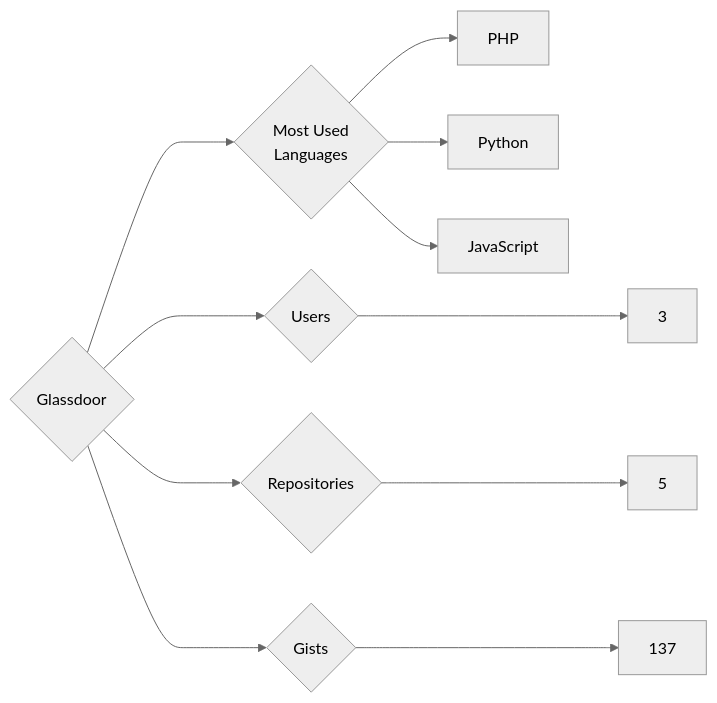
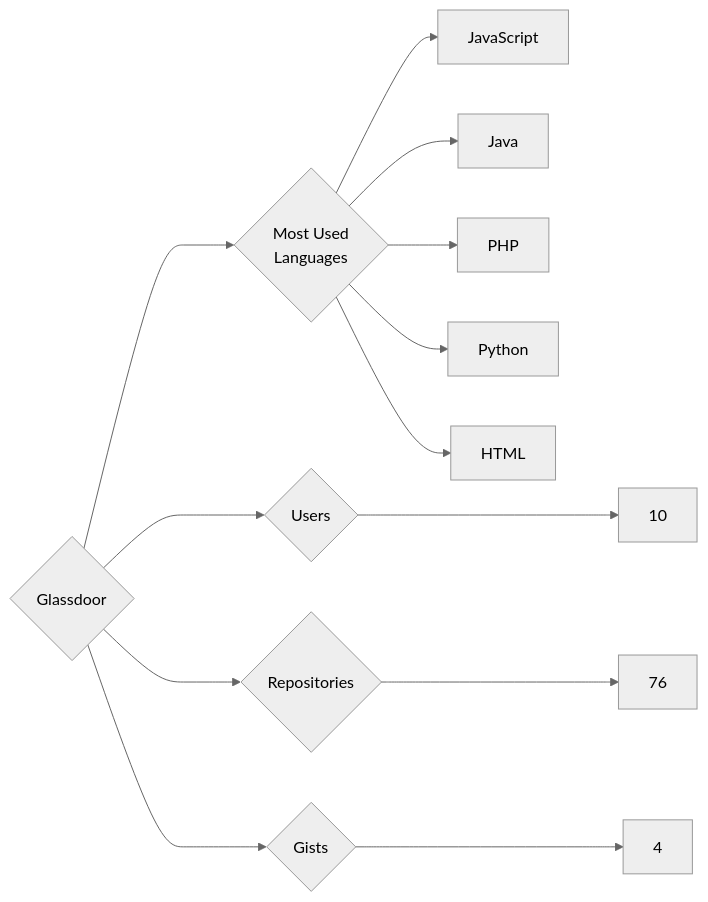
One commit to trickest/insiders changed the diagram in targets/Glassdoor/README.md. Above: the diagram before and after it, drawn with Mermaid (neutral theme). The commit also changed 1078 other files, not shown here.

````diff
--- a/targets/Glassdoor/README.md
+++ b/targets/Glassdoor/README.md
@@ -3,11 +3,13 @@
 ```mermaid
 graph LR
 COMPANY_NAME{Glassdoor}
-COMPANY_NAME ---> U{Users} ---> UN[3]
-COMPANY_NAME ---> R{Repositories} ---> RN[5]
-COMPANY_NAME ---> G{Gists} ---> GN[137]
+COMPANY_NAME ---> U{Users} ---> UN[10]
+COMPANY_NAME ---> R{Repositories} ---> RN[76]
+COMPANY_NAME ---> G{Gists} ---> GN[4]
 COMPANY_NAME ---> ML{Most Used<br>Languages}
+ML --> JavaScript[JavaScript]
+ML --> Java[Java]
 ML --> PHP[PHP]
 ML --> Python[Python]
-ML --> JavaScript[JavaScript]
+ML --> HTML[HTML]
 ```
````
